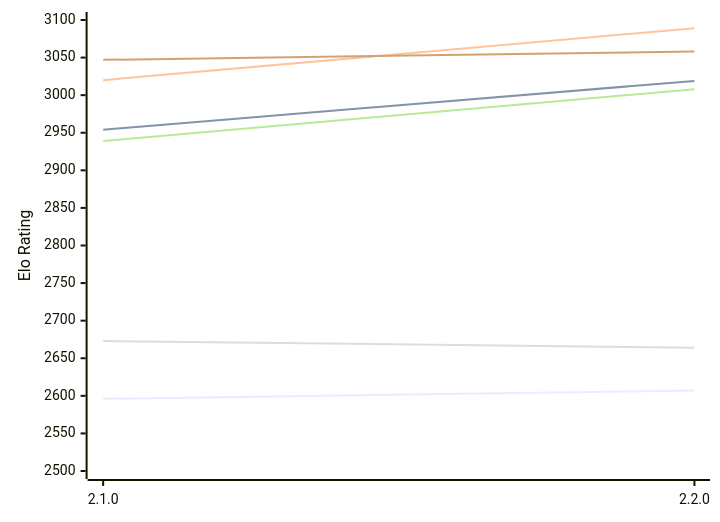
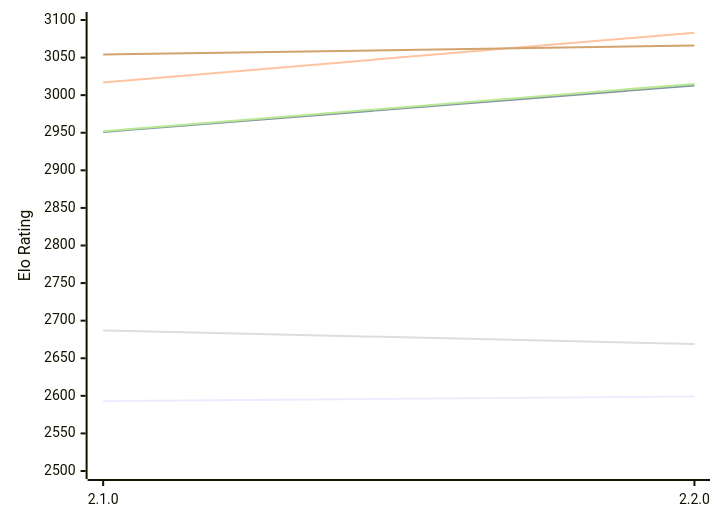
The first of 2 diagrams in engines/Aspen.md (computer-chess-index/cci), drawn with Mermaid before and after one commit. The commit also changed other lines of this file, not shown here.

Commit message:
Update CCI Ratings (ELO VLTC) - 2026-11-21

````diff
--- a/engines/Aspen.md
+++ b/engines/Aspen.md
@@ -52,12 +52,12 @@
 ```mermaid
 %%{init: {"theme":"base","themeVariables":{"seriesColors:['#a3a3a3','#222221','#faa371']}}}%%
 xychart-beta
   x-axis ["2.1.0", "2.2.0"]
   y-axis "Elo Rating" 2500 --> 3100
-  line "E1: STC (8.0+0.08s)" [2596, 2607]
-  line "E1: LTC (60.0+0.60s)" [2954, 3019]
-  line "E1: VLTC (2m24s+1.12s)" [3020, 3089]
-  line "P1: STC (8.0+0.08s)" [2673, 2664]
-  line "P1: LTC (60.0+0.60s)" [2939, 3008]
-  line "P1: VLTC (2m24s+1.12s)" [3047, 3058]
+  line "E1: STC (8.0+0.08s)" [2593, 2599]
+  line "E1: LTC (60.0+0.60s)" [2951, 3013]
+  line "E1: VLTC (2m24s+1.12s)" [3017, 3083]
+  line "P1: STC (8.0+0.08s)" [2687, 2669]
+  line "P1: LTC (60.0+0.60s)" [2952, 3015]
+  line "P1: VLTC (2m24s+1.12s)" [3054, 3066]
 ```
````
